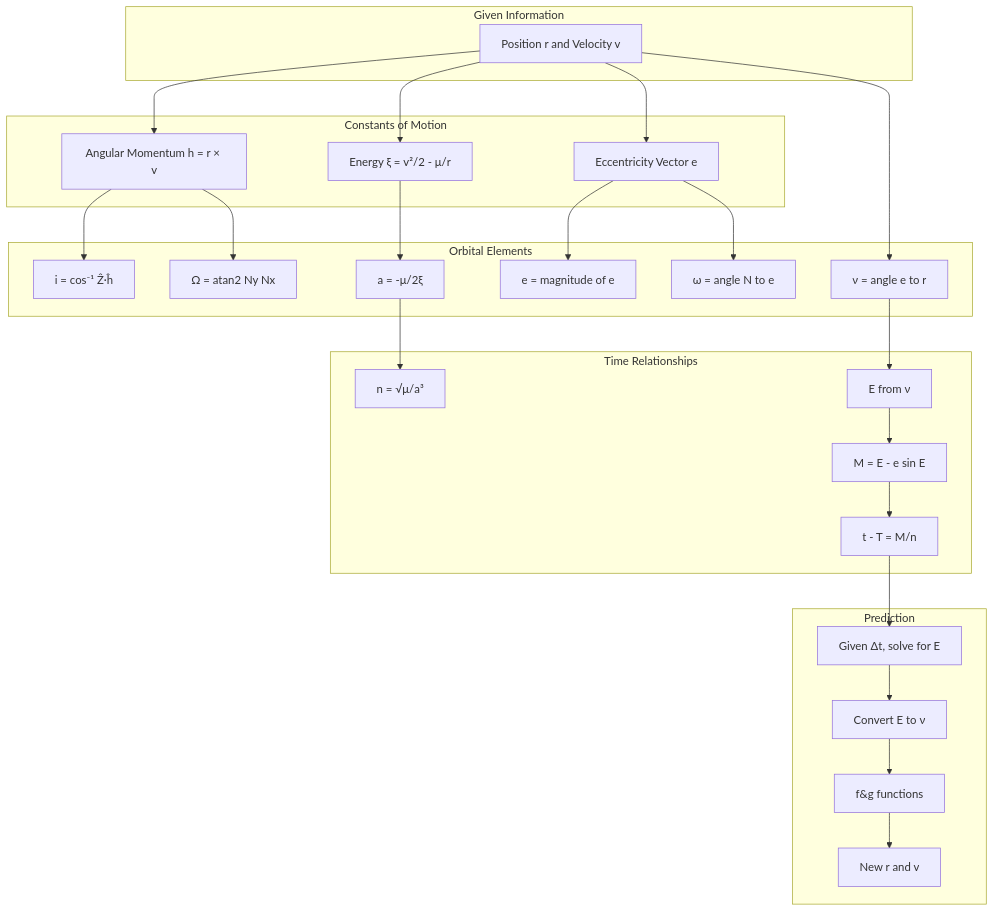
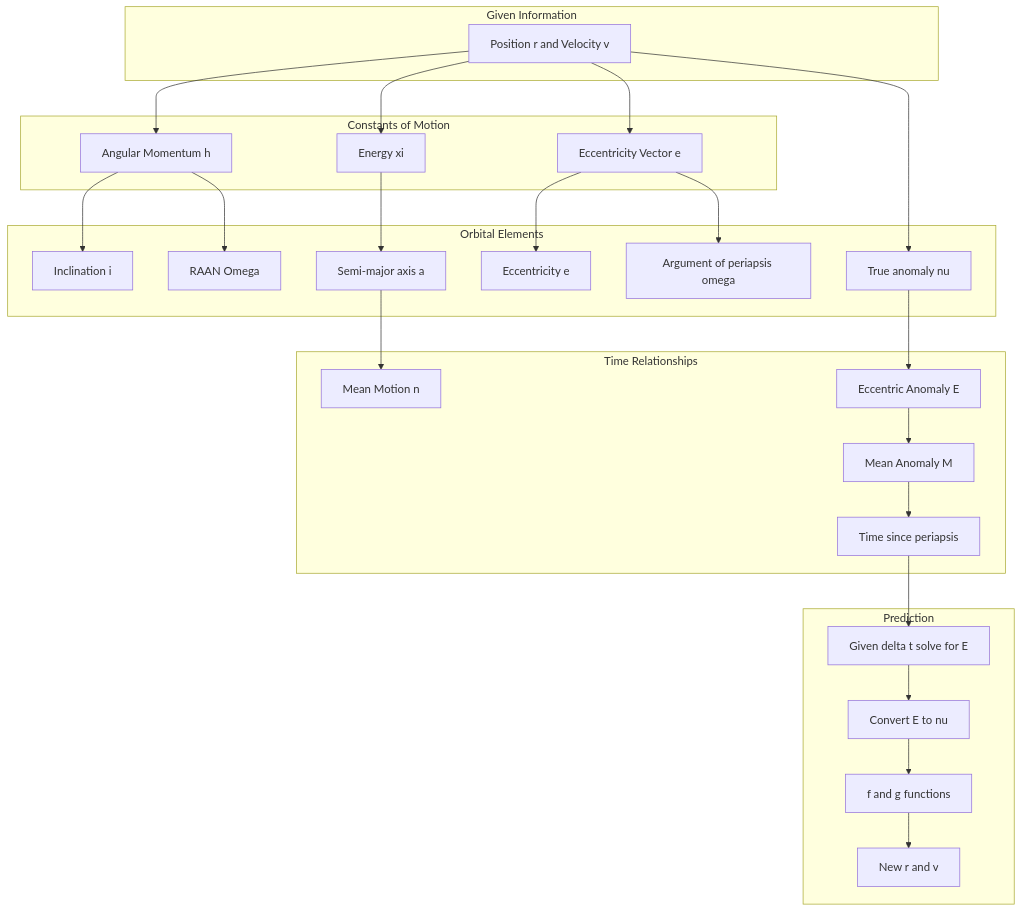
The diagram in wk2/wk2_mastery_guide.md (majikthise911/spce_5025), drawn with Mermaid before and after one commit. The commit also changed other lines of this file and 1 other file, not shown here.

````diff
--- a/wk2/wk2_mastery_guide.md
+++ b/wk2/wk2_mastery_guide.md
@@ -549,55 +616,55 @@
 ```mermaid
 flowchart TD
     subgraph "Given Information"
     A[Position r and Velocity v]
     end
     
     subgraph "Constants of Motion"
-    B[Angular Momentum h = r × v]
-    C[Energy ξ = v²/2 - μ/r]
+    B[Angular Momentum h]
+    C[Energy xi]
     D[Eccentricity Vector e]
     end
     
     subgraph "Orbital Elements"
-    E[a = -μ/2ξ]
-    F[e = magnitude of e]
-    G[i = cos⁻¹ Ẑ·ĥ]
-    H[Ω = atan2 Ny Nx]
-    I[ω = angle N to e]
-    J[ν = angle e to r]
+    E[Semi-major axis a]
+    F[Eccentricity e]
+    G[Inclination i]
+    H[RAAN Omega]
+    I[Argument of periapsis omega]
+    J[True anomaly nu]
     end
     
     subgraph "Time Relationships"
-    K[E from ν]
-    L[M = E - e sin E]
-    M[n = √μ/a³]
-    N[t - T = M/n]
+    K[Eccentric Anomaly E]
+    L[Mean Anomaly M]
+    M2[Mean Motion n]
+    N[Time since periapsis]
     end
     
     subgraph "Prediction"
-    O[Given Δt, solve for E]
-    P[Convert E to ν]
-    Q[f&g functions]
+    O[Given delta t solve for E]
+    P[Convert E to nu]
+    Q[f and g functions]
     R[New r and v]
     end
     
     A --> B
     A --> C
     A --> D
     B --> G
     B --> H
     C --> E
     D --> F
     D --> I
     A --> J
     
     J --> K
     K --> L
-    E --> M
+    E --> M2
     L --> N
     
     N --> O
     O --> P
     P --> Q
     Q --> R
 ```
````
